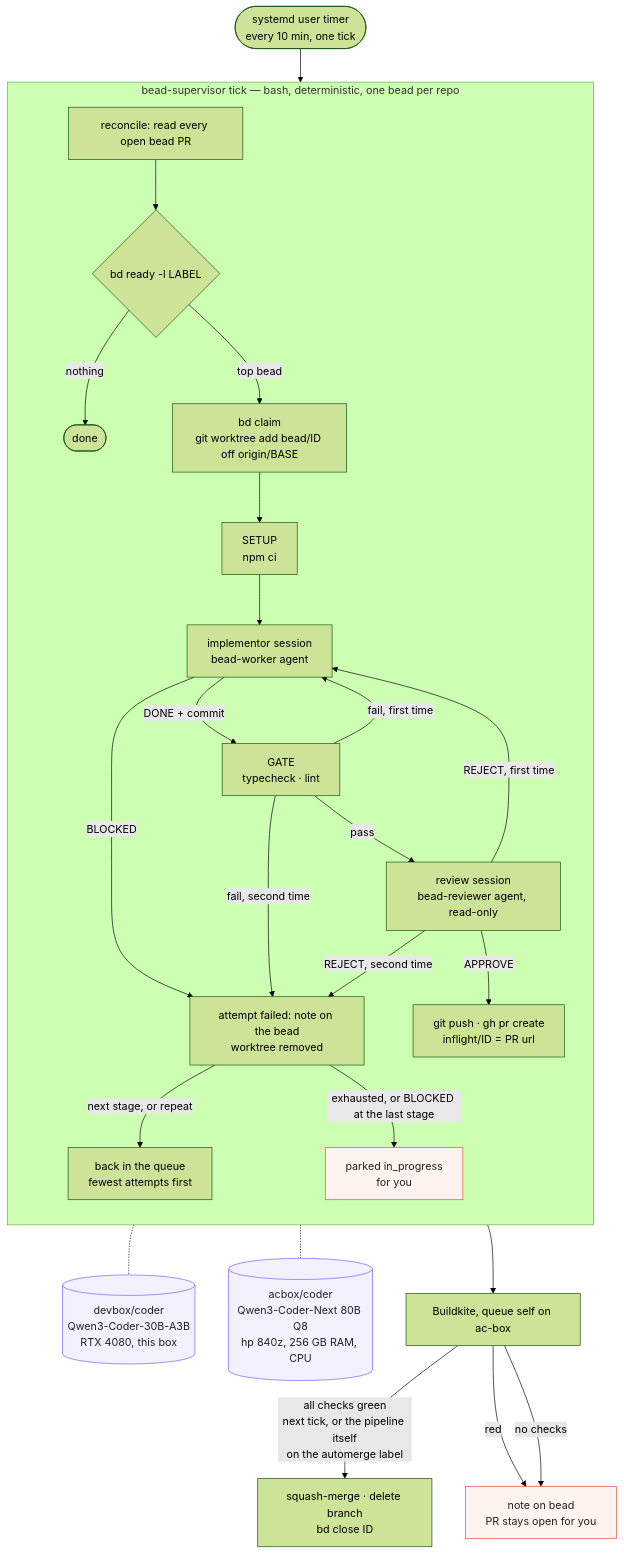
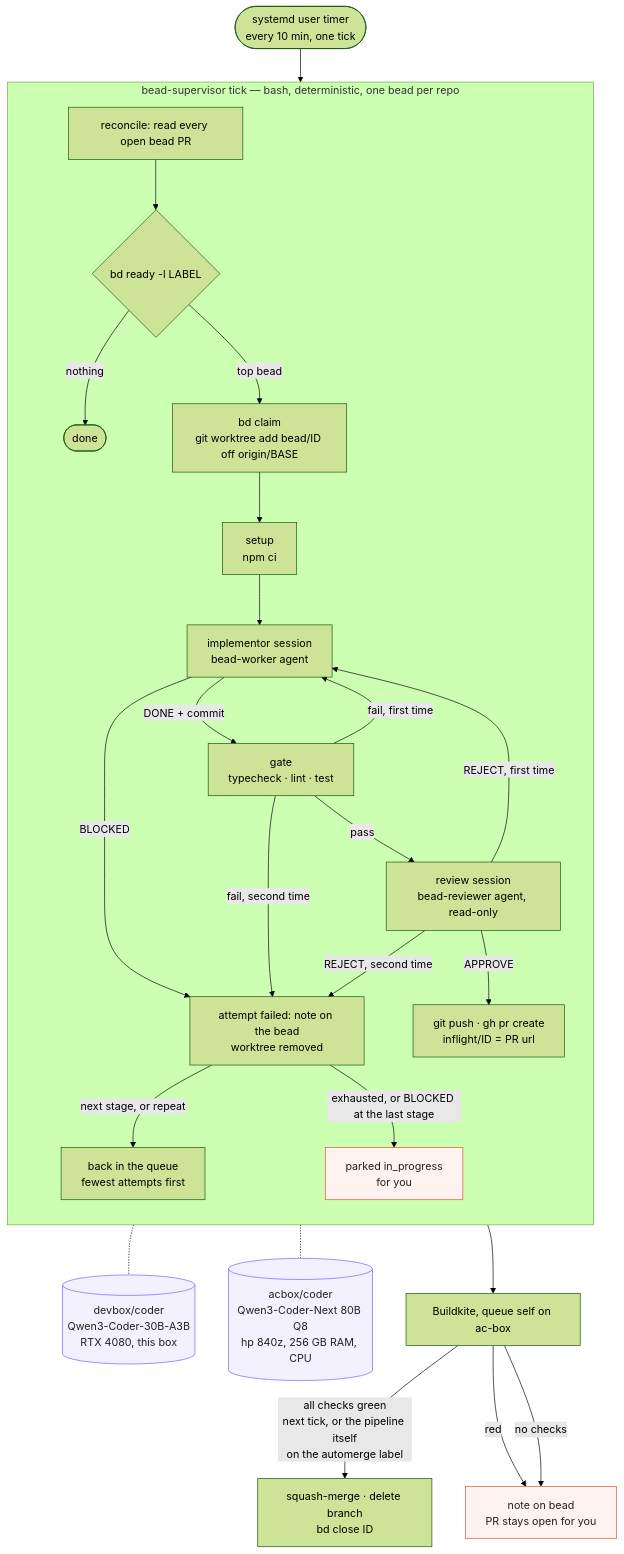
The diagram in docs/loop.mmd (imkarrer/bead-loop), drawn with Mermaid (forest theme) before and after one commit. The commit also changed 1 other file, not shown here.

Commit message:
README: one Config table for every key; outcome rows per merge mode; the gate runs tests

```diff
--- a/docs/loop.mmd
+++ b/docs/loop.mmd
@@ -1,34 +1,34 @@
 flowchart TD
   T([systemd user timer<br/>every 10 min, one tick]) --> R
 
   subgraph tick [bead-supervisor tick — bash, deterministic, one bead per repo]
     direction TB
     R[reconcile: read every open bead PR] --> P{bd ready -l LABEL}
     P -- nothing --> Z([done])
     P -- top bead --> C[bd claim<br/>git worktree add bead/ID off origin/BASE]
-    C --> U[SETUP<br/>npm ci]
+    C --> U[setup<br/>npm ci]
     U --> W[implementor session<br/>bead-worker agent]
-    W -- DONE + commit --> G[GATE<br/>typecheck · lint]
+    W -- DONE + commit --> G[gate<br/>typecheck · lint · test]
     W -- BLOCKED --> F
     G -- fail, first time --> W
     G -- fail, second time --> F
     G -- pass --> V[review session<br/>bead-reviewer agent, read-only]
     V -- REJECT, first time --> W
     V -- REJECT, second time --> F[attempt failed: note on the bead<br/>worktree removed]
     F -- next stage, or repeat --> Q[back in the queue<br/>fewest attempts first]
     F -- exhausted, or BLOCKED at the last stage --> H[parked in_progress<br/>for you]
     V -- APPROVE --> PR[git push · gh pr create<br/>inflight/ID = PR url]
   end
 
   W -.- GPU[(devbox/coder<br/>Qwen3-Coder-30B-A3B<br/>RTX 4080, this box)]
   V -.- CPU[(acbox/coder<br/>Qwen3-Coder-Next 80B Q8<br/>hp 840z, 256 GB RAM, CPU)]
 
   PR --> CI[Buildkite, queue self on ac-box]
   CI -- all checks green<br/>next tick, or the pipeline itself<br/>on the automerge label --> M[squash-merge · delete branch<br/>bd close ID]
   CI -- red --> N[note on bead<br/>PR stays open for you]
   CI -- no checks --> N
 
   classDef model fill:#f3f0ff,stroke:#7c5cff,color:#222
   classDef stop fill:#fff3f0,stroke:#e0503c,color:#222
   class GPU,CPU model
   class H,N stop
```
